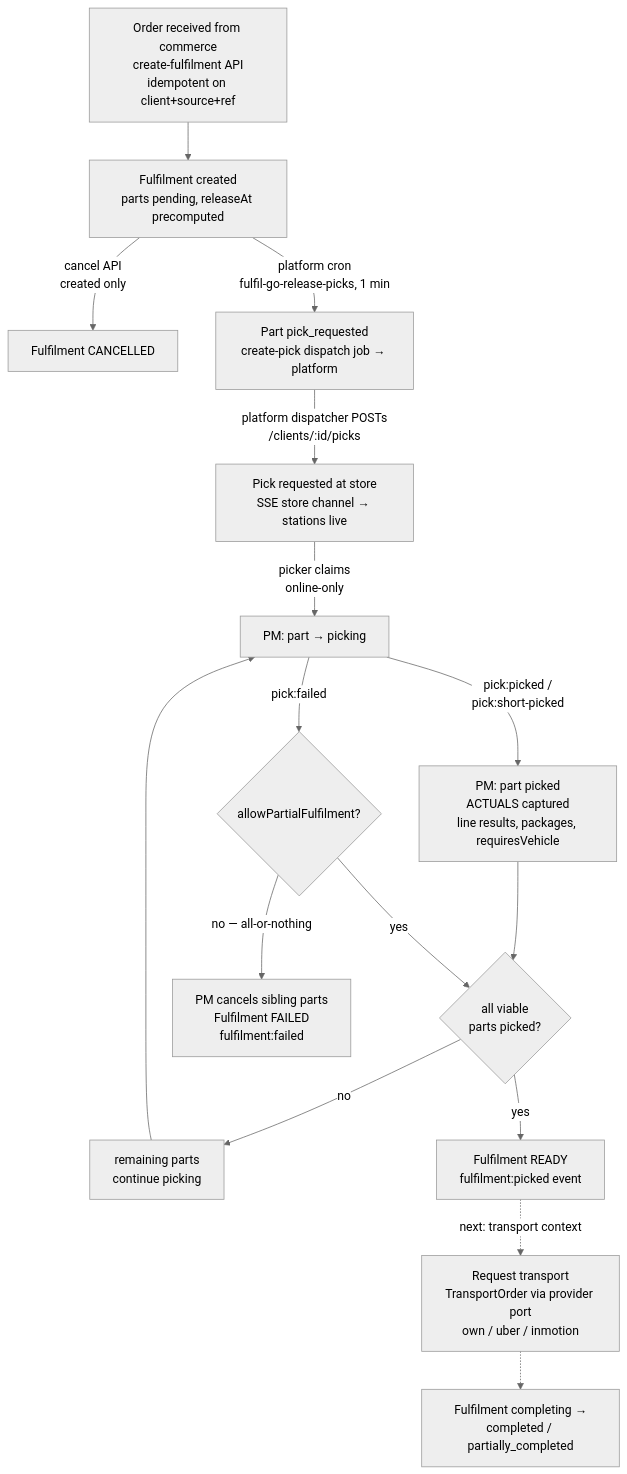
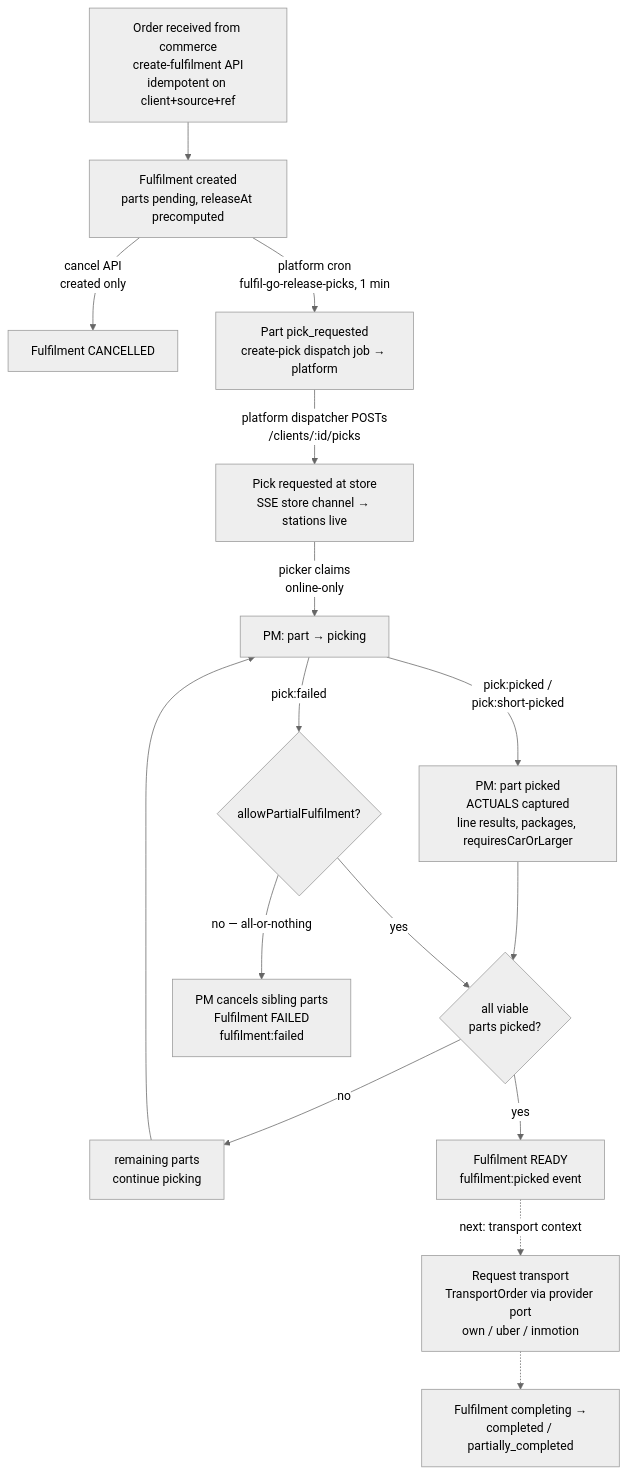
Before and after one commit to flowcatalyst/flowcatalyst-apps: the diagram in typescript/apps/fulfil-go/docs/processes/standard-fulfilment.mmd, drawn with Mermaid (neutral theme). The commit also changed 94 other files, not shown here.

```diff
--- a/typescript/apps/fulfil-go/docs/processes/standard-fulfilment.mmd
+++ b/typescript/apps/fulfil-go/docs/processes/standard-fulfilment.mmd
@@ -1,22 +1,22 @@
 %% fulfil-go:fulfilment:standard-fulfilment — the STANDARD process as
 %% implemented (verified end-to-end 2026-07-11; docs/HANDOFF.md). Synced to
 %% FlowCatalyst by `pnpm flowcatalyst:sync` (src/flowcatalyst/processes.ts).
 %% Hand-authored for now — the process-definition registry
 %% (docs/process-definitions.md) will GENERATE these from the builder so
 %% diagrams can't drift; keep this file until that lands.
 flowchart TD
   A[Order received from commerce\ncreate-fulfilment API\nidempotent on client+source+ref] --> B[Fulfilment created\nparts pending, releaseAt precomputed]
   B -->|cancel API\ncreated only| X[Fulfilment CANCELLED]
   B -->|platform cron\nfulfil-go-release-picks, 1 min| C[Part pick_requested\ncreate-pick dispatch job → platform]
   C -->|platform dispatcher POSTs\n/clients/:id/picks| D[Pick requested at store\nSSE store channel → stations live]
   D -->|picker claims\nonline-only| E[PM: part → picking]
-  E -->|pick:picked /\npick:short-picked| F[PM: part picked\nACTUALS captured\nline results, packages, requiresVehicle]
+  E -->|pick:picked /\npick:short-picked| F[PM: part picked\nACTUALS captured\nline results, packages, requiresCarOrLarger]
   E -->|pick:failed| G{allowPartialFulfilment?}
   F --> H{all viable\nparts picked?}
   H -->|no| D2[remaining parts\ncontinue picking]
   D2 --> E
   H -->|yes| I[Fulfilment READY\nfulfilment:picked event]
   G -->|no — all-or-nothing| J[PM cancels sibling parts\nFulfilment FAILED\nfulfilment:failed]
   G -->|yes| H
   I -.->|next: transport context| K[Request transport\nTransportOrder via provider port\nown / uber / inmotion]
   K -.-> L[Fulfilment completing →\ncompleted / partially_completed]
```
